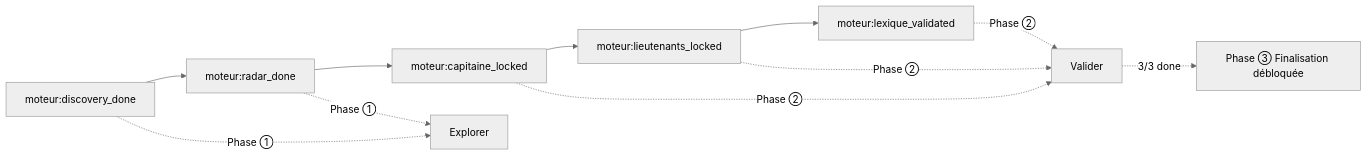
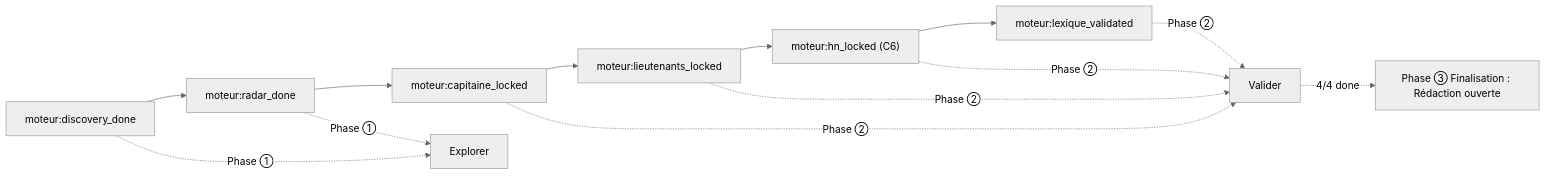
The tenth of 25 diagrams in docs/ARCHITECTURE_FLOWS.md (annubis-knight/Blog_Redactor_SEO), drawn with Mermaid (neutral theme) before and after one commit. The commit also changed other lines of this file and 11 other files, not shown here.

````diff
--- a/docs/ARCHITECTURE_FLOWS.md
+++ b/docs/ARCHITECTURE_FLOWS.md
@@ -559,11 +562,12 @@
 ```mermaid
 graph LR
-    C1["moteur:discovery_done"] --> C2["moteur:radar_done"] --> C3["moteur:capitaine_locked"] --> C4["moteur:lieutenants_locked"] --> C5["moteur:lexique_validated"]
+    C1["moteur:discovery_done"] --> C2["moteur:radar_done"] --> C3["moteur:capitaine_locked"] --> C4["moteur:lieutenants_locked"] --> C6["moteur:hn_locked (C6)"] --> C5["moteur:lexique_validated"]
 
     C1 -.->|"Phase ①"| EXP[Explorer]
     C2 -.->|"Phase ①"| EXP
     C3 -.->|"Phase ②"| VAL[Valider]
     C4 -.->|"Phase ②"| VAL
+    C6 -.->|"Phase ②"| VAL
     C5 -.->|"Phase ②"| VAL
-    VAL -.->|"3/3 done"| FINAL[Phase ③ Finalisation débloquée]
+    VAL -.->|"4/4 done"| FINAL[Phase ③ Finalisation : Rédaction ouverte]
 ```
````
